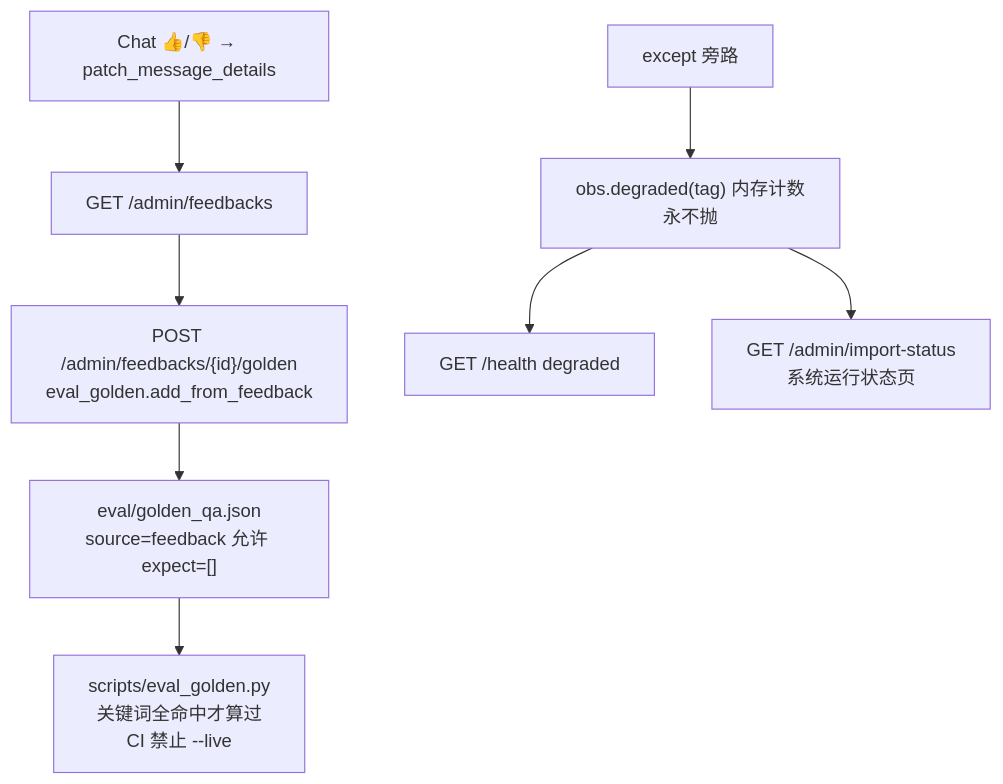
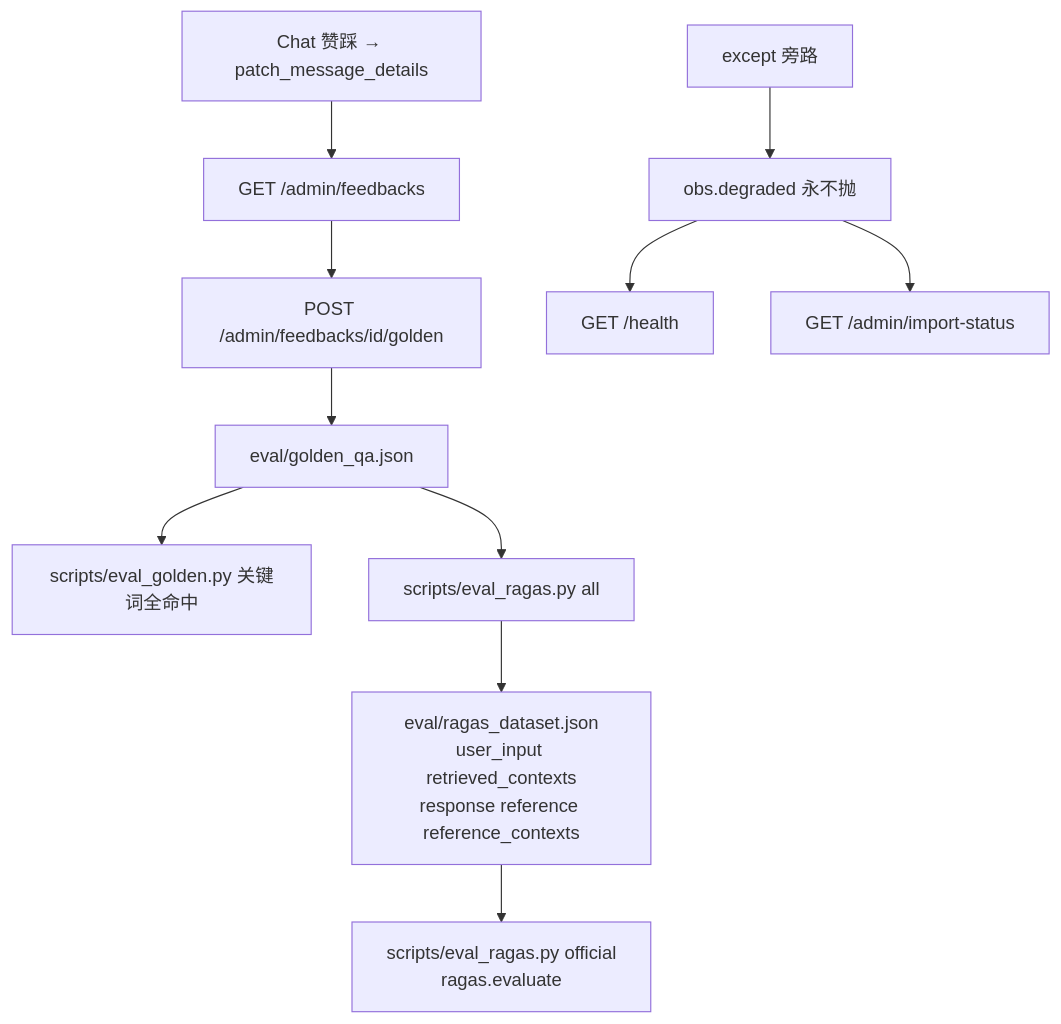
The seventh of 7 diagrams in docs/系统架构.md (Ajet9009/chinese_medical), drawn with Mermaid before and after one commit. The commit also changed other lines of this file and 61 other files, not shown here.

````diff
--- a/docs/系统架构.md
+++ b/docs/系统架构.md
@@ -188,10 +238,13 @@
 ```mermaid
 flowchart TD
-    FB["Chat 👍/👎 → patch_message_details"] --> ADM["GET /admin/feedbacks"]
-    ADM --> MK["POST /admin/feedbacks/{id}/golden<br/>eval_golden.add_from_feedback"]
-    MK --> JSON["eval/golden_qa.json<br/>source=feedback 允许 expect=[]"]
-    JSON --> CLI["scripts/eval_golden.py<br/>关键词全命中才算过<br/>CI 禁止 --live"]
-    EX["except 旁路"] --> DEG["obs.degraded(tag) 内存计数永不抛"]
-    DEG --> H["GET /health degraded"]
-    DEG --> ST["GET /admin/import-status<br/>系统运行状态页"]
+    FB["Chat 赞踩 → patch_message_details"] --> ADM["GET /admin/feedbacks"]
+    ADM --> MK["POST /admin/feedbacks/id/golden"]
+    MK --> JSON["eval/golden_qa.json"]
+    JSON --> CLI["scripts/eval_golden.py 关键词全命中"]
+    JSON --> RAGAS["scripts/eval_ragas.py all"]
+    RAGAS --> DS["eval/ragas_dataset.json<br/>user_input retrieved_contexts<br/>response reference reference_contexts"]
+    DS --> OFF["scripts/eval_ragas.py official<br/>ragas.evaluate"]
+    EX["except 旁路"] --> DEG["obs.degraded 永不抛"]
+    DEG --> H["GET /health"]
+    DEG --> ST["GET /admin/import-status"]
 ```
````
